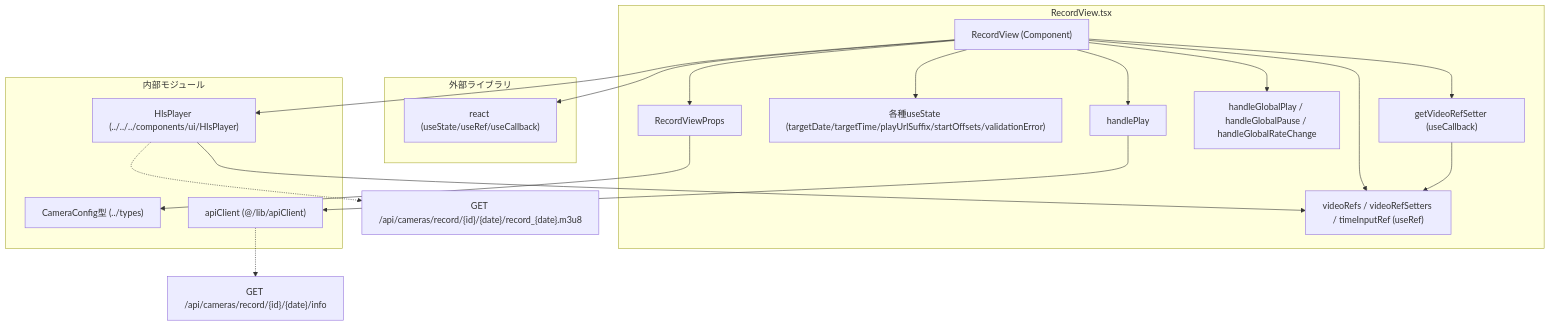
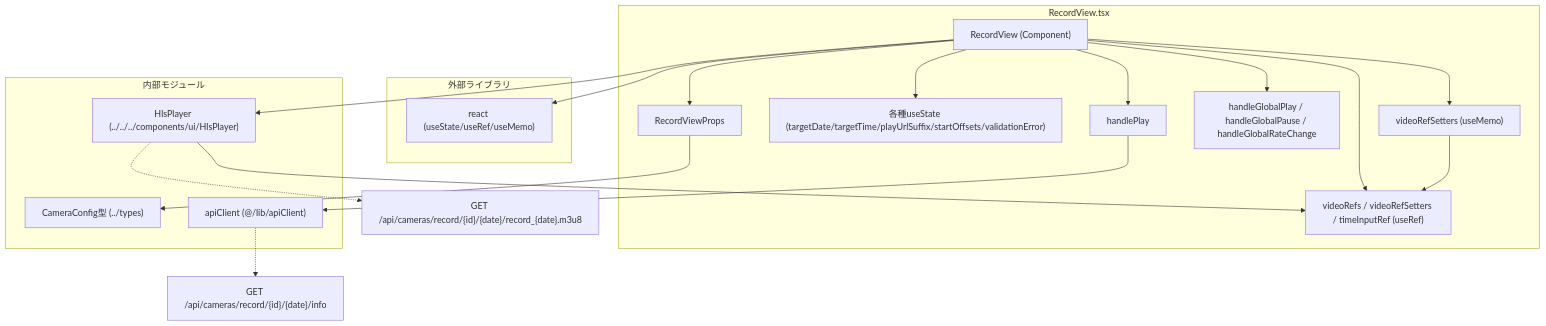
Before and after one commit to mmtigers/my_python_project: the second of 2 diagrams in docs/specifications/family-quest/src/features/camera/components/RecordView.md, drawn with Mermaid. The commit also changed other lines of this file and 40 other files, not shown here.

````diff
--- a/docs/specifications/family-quest/src/features/camera/components/RecordView.md
+++ b/docs/specifications/family-quest/src/features/camera/components/RecordView.md
@@ -198,39 +198,39 @@
 ```mermaid
 graph TD
     subgraph "RecordView.tsx"
         Component_RecordView["RecordView (Component)"]
         Props["RecordViewProps"]
         States["各種useState (targetDate/targetTime/playUrlSuffix/startOffsets/validationError)"]
         Refs["videoRefs / videoRefSetters / timeInputRef (useRef)"]
         HandlePlay["handlePlay"]
         GlobalHandlers["handleGlobalPlay / handleGlobalPause / handleGlobalRateChange"]
-        GetVideoRefSetter["getVideoRefSetter (useCallback)"]
+        GetVideoRefSetter["videoRefSetters (useMemo)"]
     end
 
     subgraph "外部ライブラリ"
-        React["react (useState/useRef/useCallback)"]
+        React["react (useState/useRef/useMemo)"]
     end
 
     subgraph "内部モジュール"
         HlsPlayer["HlsPlayer (../../../components/ui/HlsPlayer)"]
         CameraConfig["CameraConfig型 (../types)"]
         ApiClient["apiClient (@/lib/apiClient)"]
     end
 
     Component_RecordView --> React
     Component_RecordView --> Props
     Component_RecordView --> States
     Component_RecordView --> Refs
     Component_RecordView --> HandlePlay
     Component_RecordView --> GlobalHandlers
     Component_RecordView --> GetVideoRefSetter
     Component_RecordView --> HlsPlayer
     Props --> CameraConfig
     HandlePlay --> ApiClient
     GetVideoRefSetter --> Refs
     HlsPlayer --> Refs
 
     ApiClient -.-> Endpoint_Info["GET /api/cameras/record/{id}/{date}/info"]
     HlsPlayer -.-> Endpoint_Stream["GET /api/cameras/record/{id}/{date}/record_{date}.m3u8"]
 
 ```
````
